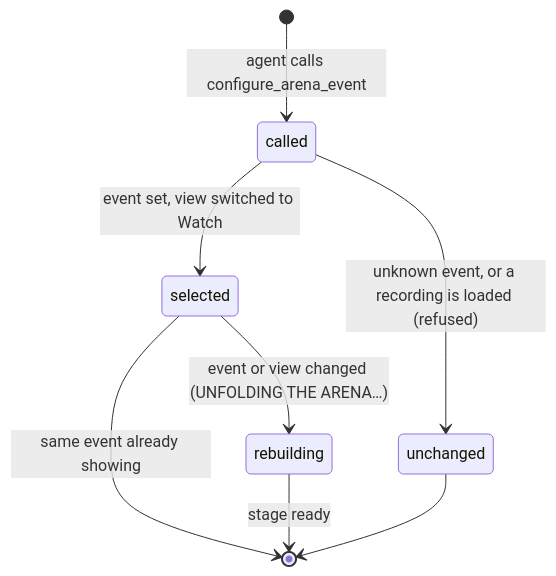
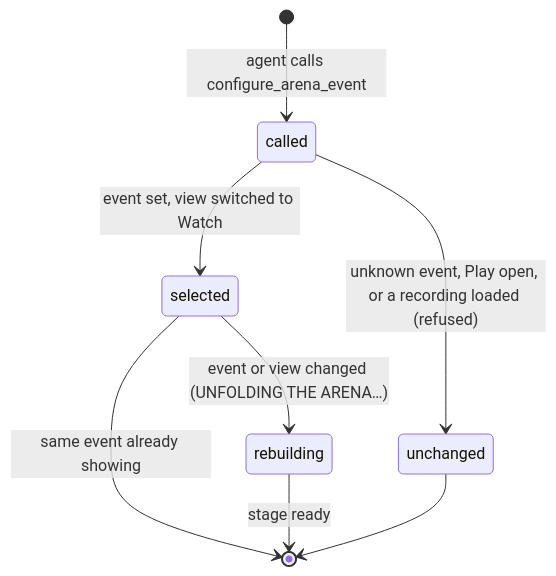
Before and after one commit to DougZeThug/Will-You-Be-My-Hero-Arena: the diagram in docs/product-description/cross-cutting/agent-tools.md, drawn with Mermaid. The commit also changed other lines of this file and 35 other files, not shown here.

````diff
--- a/docs/product-description/cross-cutting/agent-tools.md
+++ b/docs/product-description/cross-cutting/agent-tools.md
@@ -57,10 +57,10 @@
 ```mermaid
 stateDiagram-v2
     [*] --> called : agent calls configure_arena_event
-    called --> unchanged : unknown event, or a recording is loaded (refused)
+    called --> unchanged : unknown event, Play open, or a recording loaded (refused)
     called --> selected : event set, view switched to Watch
     selected --> rebuilding : event or view changed (UNFOLDING THE ARENA…)
     selected --> [*] : same event already showing
     rebuilding --> [*] : stage ready
     unchanged --> [*]
 ```
````
